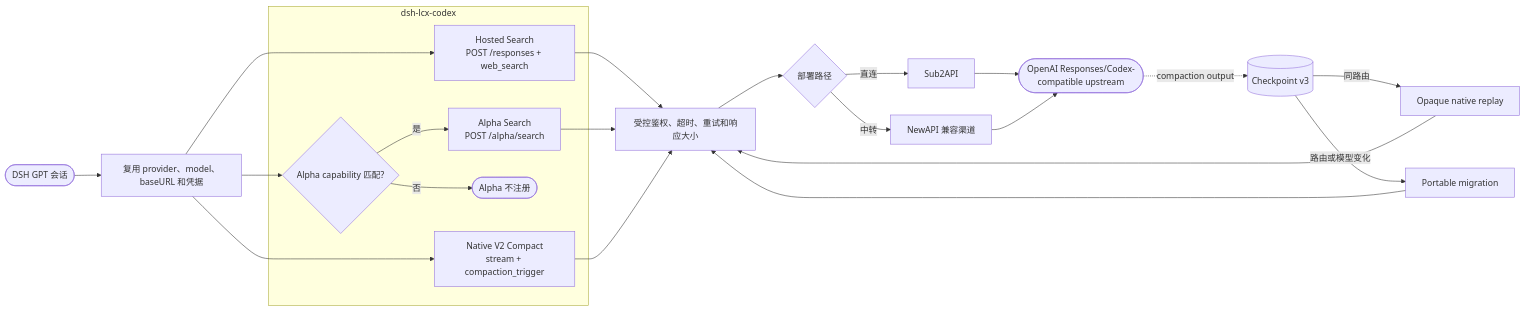
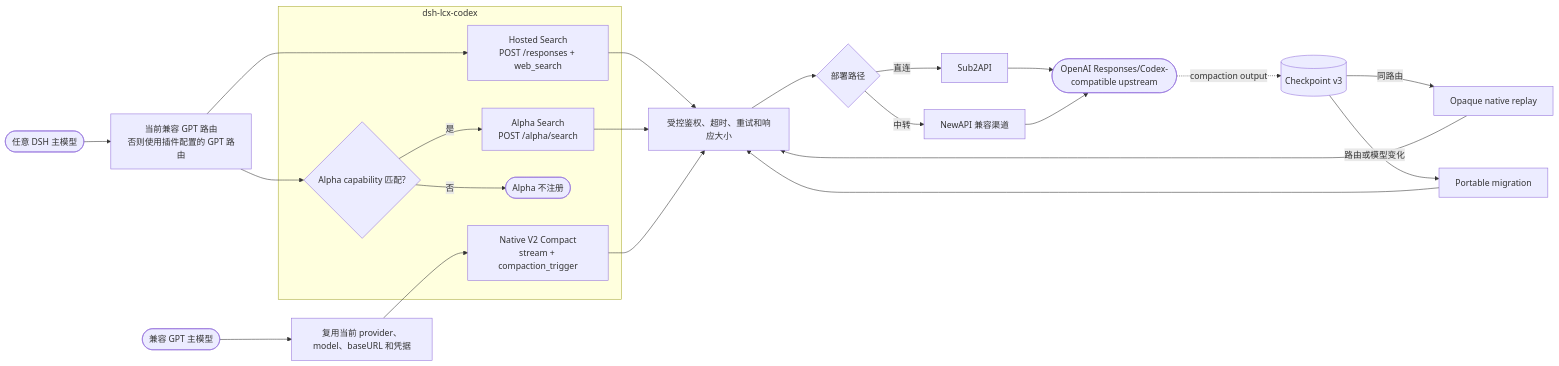
Before and after one commit to kk3ya03-star/dsh-lcx-codex: the diagram in README.md, drawn with Mermaid. The commit also changed other lines of this file and 7 other files, not shown here.

````diff
--- a/README.md
+++ b/README.md
@@ -20,37 +20,38 @@
 ```mermaid
 flowchart LR
     accTitle: dsh-lcx-codex 技术路线
-    accDescr: 插件复用当前 DSH openai-responses 模型的路由和凭据，将 Hosted Search、capability-gated Alpha Search 与 Native V2 Compact 请求经受控传输发送到 Sub2API 直连或 NewAPI 中转部署。
+    accDescr: Hosted 和 Alpha 可由任意 DSH 主模型调用，经已配置的 GPT openai-responses 路由发送；启用 Hosted 时插件接管 DSH 搜索 provider，关闭后恢复原 provider。Native V2 Compact 只作用于当前兼容 GPT 路由。
 
-    dsh_session([DSH GPT 会话]) --> resolve_route[复用 provider、model、baseURL 和凭据]
+    dsh_session([任意 DSH 主模型]) --> search_route[当前兼容 GPT 路由<br/>否则使用插件配置的 GPT 路由]
+    gpt_session([兼容 GPT 主模型]) --> compact_route[复用当前 provider、model、baseURL 和凭据]
 
     subgraph plugin_capabilities ["dsh-lcx-codex"]
         hosted_search[Hosted Search<br/>POST /responses + web_search]
         alpha_gate{Alpha capability 匹配?}
         alpha_search[Alpha Search<br/>POST /alpha/search]
         alpha_disabled([Alpha 不注册])
         native_compact[Native V2 Compact<br/>stream + compaction_trigger]
     end
 
-    resolve_route --> hosted_search
-    resolve_route --> alpha_gate
-    resolve_route --> native_compact
+    search_route --> hosted_search
+    search_route --> alpha_gate
+    compact_route --> native_compact
     alpha_gate -->|是| alpha_search
     alpha_gate -->|否| alpha_disabled
 
     hosted_search --> transport[受控鉴权、超时、重试和响应大小]
     alpha_search --> transport
     native_compact --> transport
 
     transport --> deployment{部署路径}
     deployment -->|直连| sub2api[Sub2API]
     deployment -->|中转| newapi[NewAPI 兼容渠道]
     sub2api --> upstream([OpenAI Responses/Codex-compatible upstream])
     newapi --> upstream
 
     upstream -.->|compaction output| checkpoint[(Checkpoint v3)]
     checkpoint -->|同路由| opaque_replay[Opaque native replay]
     checkpoint -->|路由或模型变化| portable_migration[Portable migration]
     opaque_replay --> transport
     portable_migration --> transport
 ```
````
